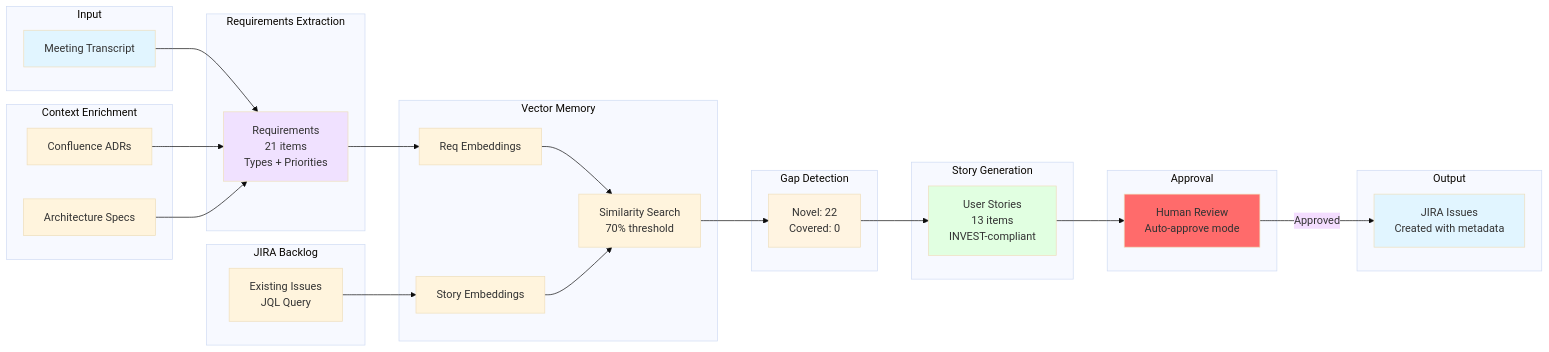
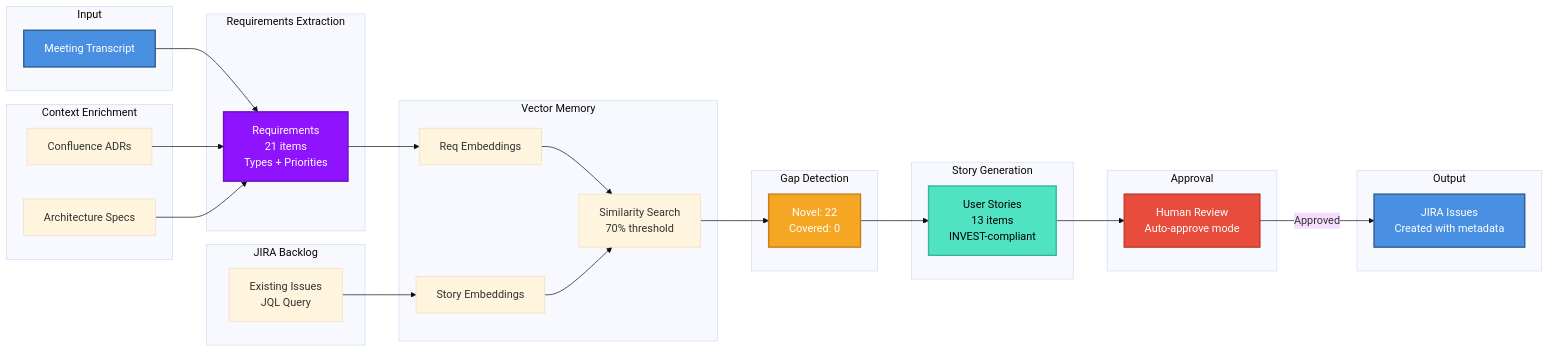
One commit to bmblack/backlog-synthesizer changed the fourth of 6 diagrams in docs/diagrams.md. Above: the diagram before and after it, drawn with Mermaid (base theme). The commit also changed other lines of this file, not shown here.

First line of the commit message:
Update Mermaid diagram colors for better readability

````diff
--- a/docs/diagrams.md
+++ b/docs/diagrams.md
@@ -277,64 +277,64 @@
 ```mermaid
 flowchart LR
     subgraph "Input"
         T[Meeting Transcript]
     end
 
     subgraph "Context Enrichment"
         C[Confluence ADRs]
         A[Architecture Specs]
     end
 
     subgraph "Requirements Extraction"
         RE[Requirements<br/>21 items<br/>Types + Priorities]
     end
 
     subgraph "JIRA Backlog"
         JB[Existing Issues<br/>JQL Query]
     end
 
     subgraph "Vector Memory"
         VM1[Req Embeddings]
         VM2[Story Embeddings]
         VM3[Similarity Search<br/>70% threshold]
     end
 
     subgraph "Gap Detection"
         GD[Novel: 22<br/>Covered: 0]
     end
 
     subgraph "Story Generation"
         SG[User Stories<br/>13 items<br/>INVEST-compliant]
     end
 
     subgraph "Approval"
         AP[Human Review<br/>Auto-approve mode]
     end
 
     subgraph "Output"
         JO[JIRA Issues<br/>Created with metadata]
     end
 
     T --> RE
     C --> RE
     A --> RE
 
     RE --> VM1
     JB --> VM2
 
     VM1 --> VM3
     VM2 --> VM3
 
     VM3 --> GD
 
     GD --> SG
     SG --> AP
     AP -->|Approved| JO
 
-    style T fill:#e1f5ff
-    style RE fill:#f0e1ff
-    style GD fill:#fff4e1
-    style SG fill:#e1ffe1
-    style AP fill:#ff6b6b
-    style JO fill:#e1f5ff
+    style T fill:#4A90E2,stroke:#2E5C8A,stroke-width:2px,color:#fff
+    style RE fill:#9013FE,stroke:#6B0FC2,stroke-width:2px,color:#fff
+    style GD fill:#F5A623,stroke:#C77E1A,stroke-width:2px,color:#fff
+    style SG fill:#50E3C2,stroke:#3AB39B,stroke-width:2px,color:#000
+    style AP fill:#E74C3C,stroke:#C0392B,stroke-width:2px,color:#fff
+    style JO fill:#4A90E2,stroke:#2E5C8A,stroke-width:2px,color:#fff
 ```
````
